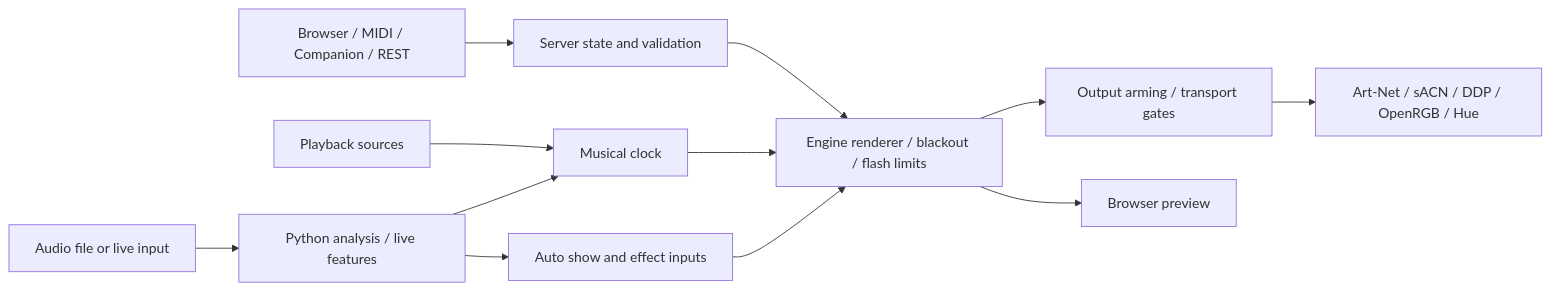
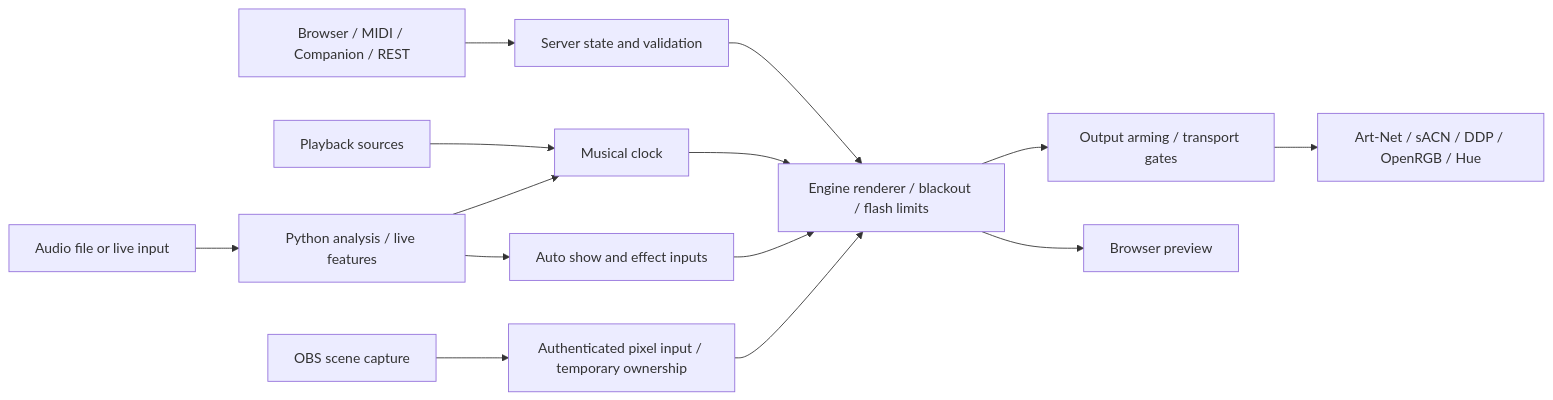
The diagram in README.md (tyclab/artnet-lightshow), drawn with Mermaid before and after one commit. The commit also changed other lines of this file and 23 other files, not shown here.

Commit message:
feat: stream scene pixels through guarded panel outputs

````diff
--- a/README.md
+++ b/README.md
@@ -10,14 +10,16 @@
 ```mermaid
 flowchart LR
   Controls[Browser / MIDI / Companion / REST] --> Server[Server state and validation]
   Playback[Playback sources] --> Clock[Musical clock]
   Audio[Audio file or live input] --> Analysis[Python analysis / live features]
   Analysis --> Show[Auto show and effect inputs]
   Analysis --> Clock
+  Screen[OBS scene capture] --> Pixels[Authenticated pixel input / temporary ownership]
+  Pixels --> Engine
   Clock --> Engine[Engine renderer / blackout / flash limits]
   Server --> Engine
   Show --> Engine
   Engine --> Preview[Browser preview]
   Engine --> Guard[Output arming / transport gates]
   Guard --> Outputs[Art-Net / sACN / DDP / OpenRGB / Hue]
 ```
````
